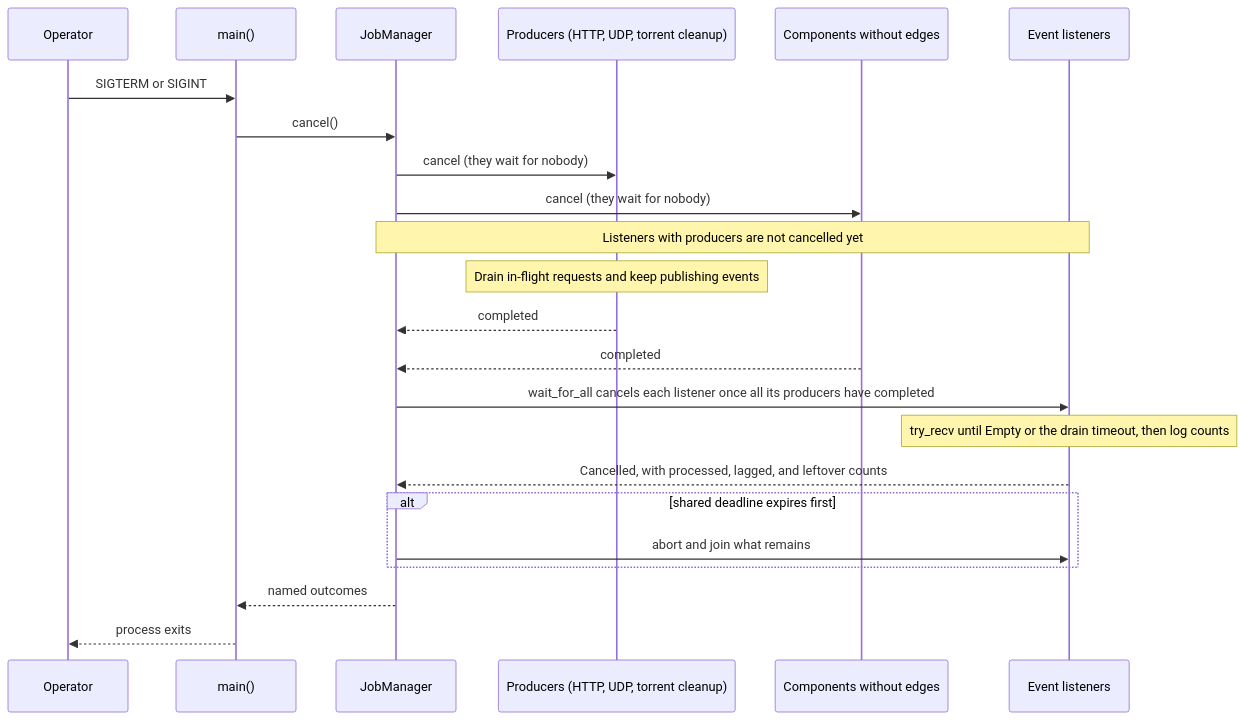
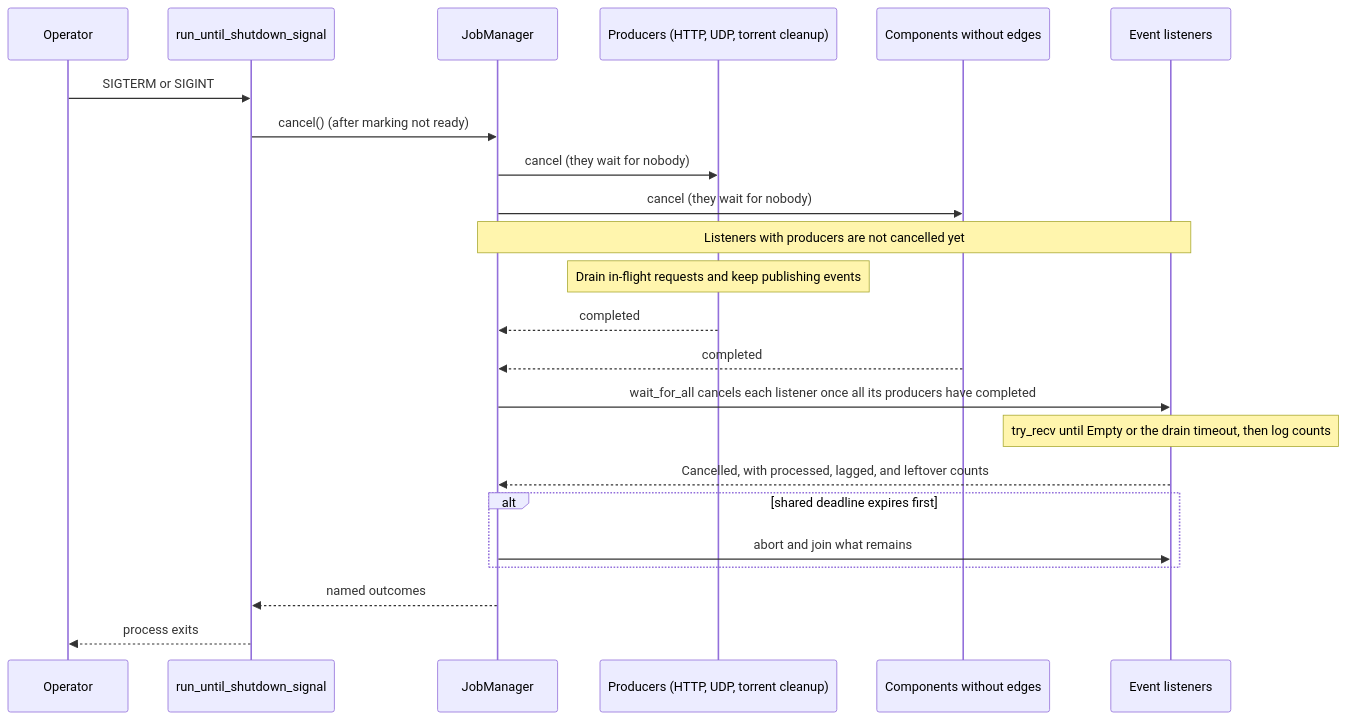
Before and after one commit to torrust/torrust-tracker: the third of 4 diagrams in docs/architecture/application-jobs.md, drawn with Mermaid. The commit also changed other lines of this file and 2 other files, not shown here.

First line of the commit message:
docs: [#2847] describe the shared shutdown function and the hung-component test

````diff
--- a/docs/architecture/application-jobs.md
+++ b/docs/architecture/application-jobs.md
@@ -140,25 +143,25 @@
 ```mermaid
 sequenceDiagram
     participant Operator
-    participant Main as main()
+    participant Main as run_until_shutdown_signal
     participant JM as JobManager
     participant Prod as Producers (HTTP, UDP, torrent cleanup)
     participant Other as Components without edges
     participant Lis as Event listeners
     Operator->>Main: SIGTERM or SIGINT
-    Main->>JM: cancel()
+    Main->>JM: cancel() (after marking not ready)
     JM->>Prod: cancel (they wait for nobody)
     JM->>Other: cancel (they wait for nobody)
     Note over JM,Lis: Listeners with producers are not cancelled yet
     Note over Prod: Drain in-flight requests and keep publishing events
     Prod-->>JM: completed
     Other-->>JM: completed
     JM->>Lis: wait_for_all cancels each listener once all its producers have completed
     Note over Lis: try_recv until Empty or the drain timeout, then log counts
     Lis-->>JM: Cancelled, with processed, lagged, and leftover counts
     alt shared deadline expires first
         JM->>Lis: abort and join what remains
     end
     JM-->>Main: named outcomes
     Main-->>Operator: process exits
 ```
````
